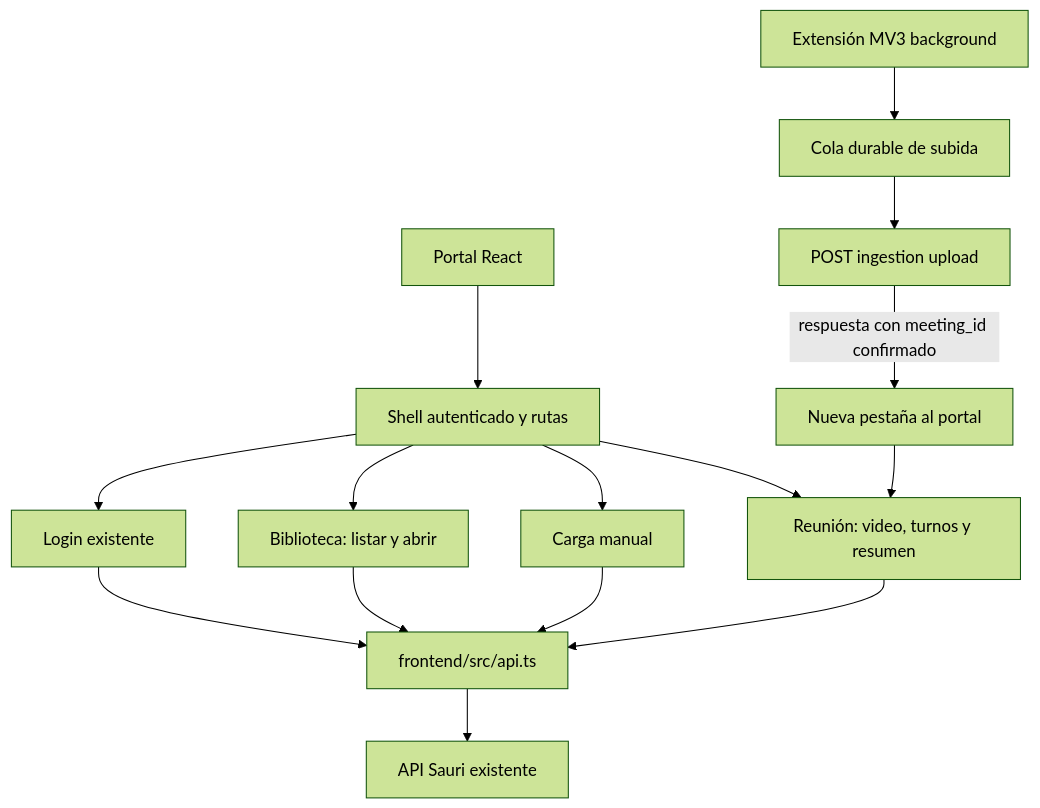
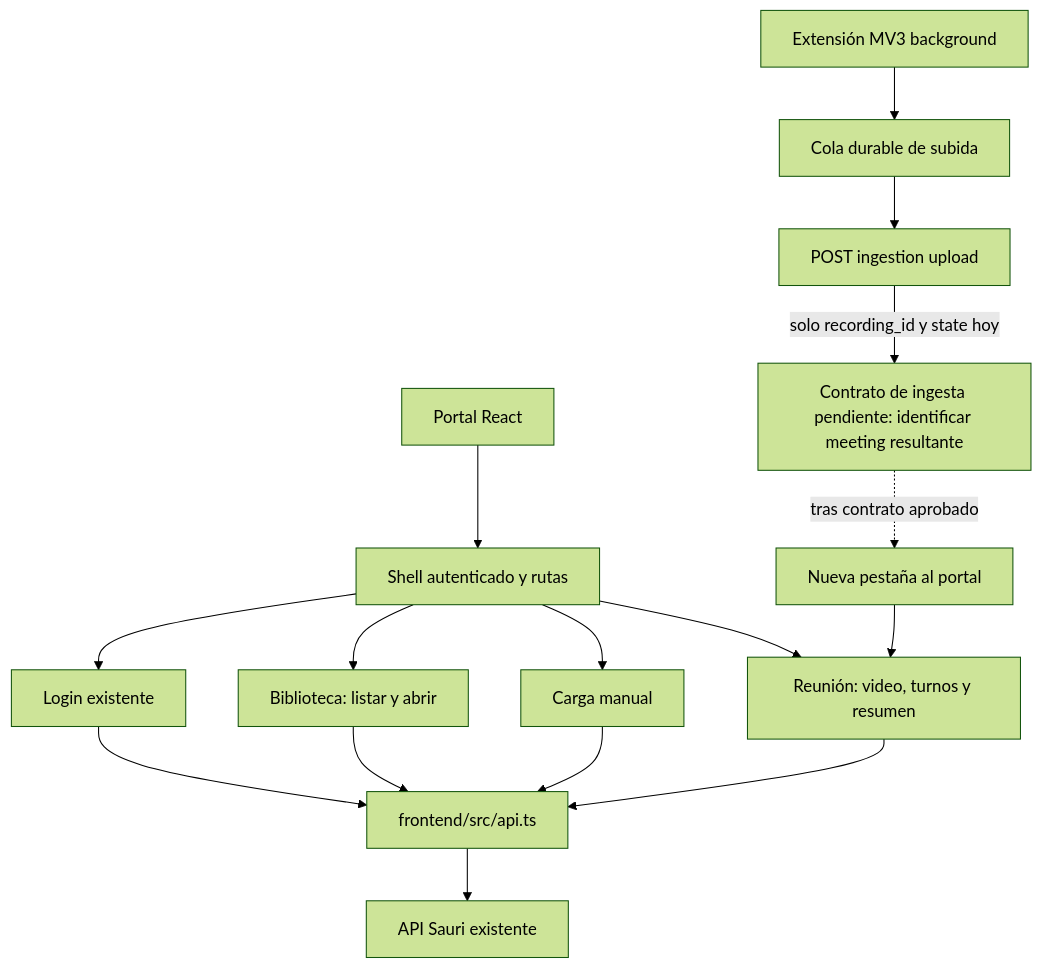
One commit to lufermalgo/sauri changed the first of 2 diagrams in .spectra/specs/portal-visual-design/design.md. Above: the diagram before and after it, drawn with Mermaid (forest theme). The commit also changed other lines of this file, not shown here.

Commit message:
docs(spec): resolve portal design audit blockers

````diff
--- a/.spectra/specs/portal-visual-design/design.md
+++ b/.spectra/specs/portal-visual-design/design.md
@@ -33,17 +33,18 @@
 ```mermaid
 graph TD
   Browser[Portal React] --> Shell[Shell autenticado y rutas]
   Shell --> Login[Login existente]
   Shell --> Library[Biblioteca: listar y abrir]
   Shell --> Upload[Carga manual]
   Shell --> Meeting[Reunión: video, turnos y resumen]
   Login --> Api[frontend/src/api.ts]
   Library --> Api
   Upload --> Api
   Meeting --> Api
   Api --> Backend[API Sauri existente]
   Capture[Extensión MV3 background] --> Queue[Cola durable de subida]
   Queue --> Ingestion[POST ingestion upload]
-  Ingestion -->|respuesta con meeting_id confirmado| Navigate[Nueva pestaña al portal]
+  Ingestion -->|solo recording_id y state hoy| Gap[Contrato de ingesta pendiente: identificar meeting resultante]
+  Gap -.->|tras contrato aprobado| Navigate[Nueva pestaña al portal]
   Navigate --> Meeting
 ```
````
